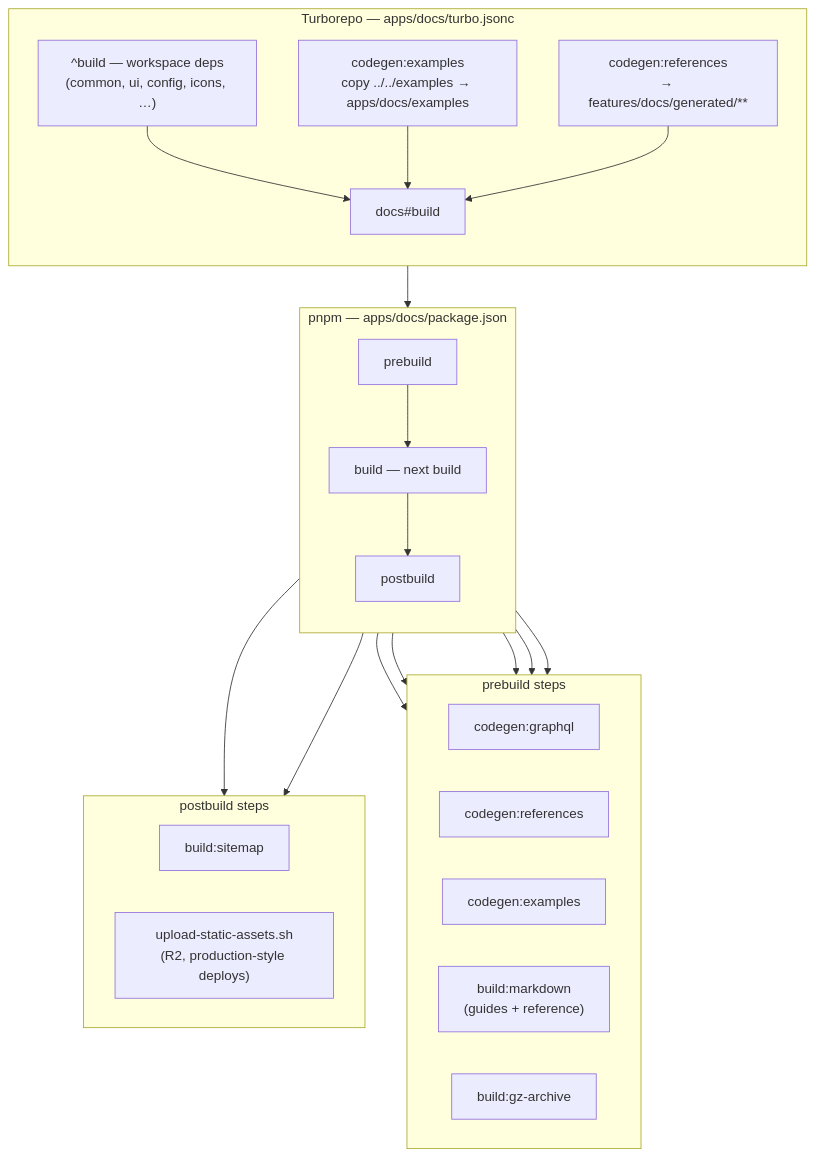
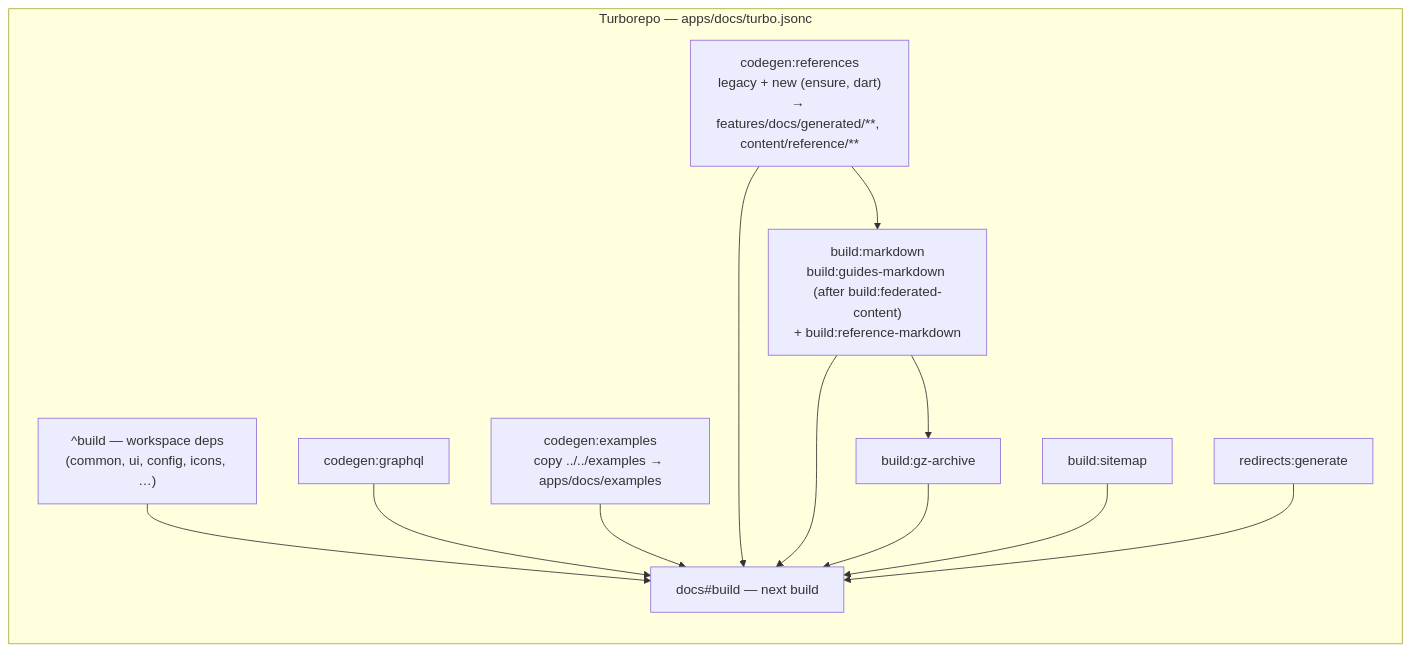
One commit to Ethan-Clenet/arboris changed the diagram in prisma/skills/ask-the-docs__supabase-supabase__agents-skills-a52f934dbc6e/reference/build-pipeline.md. Above: the diagram before and after it, drawn with Mermaid. The commit also changed other lines of this file and 288 other files, not shown here.

````diff
--- a/prisma/skills/ask-the-docs__supabase-supabase__agents-skills-a52f934dbc6e/reference/build-pipeline.md
+++ b/prisma/skills/ask-the-docs__supabase-supabase__agents-skills-a52f934dbc6e/reference/build-pipeline.md
@@ -9,46 +11,23 @@
 ```mermaid
 flowchart TB
   subgraph turbo["Turborepo — apps/docs/turbo.jsonc"]
     direction TB
     WP["^build — workspace deps<br/>(common, ui, config, icons, …)"]
-    CE["codegen:examples<br/>copy ../../examples → apps/docs/examples"]
-    CR["codegen:references<br/>→ features/docs/generated/**"]
-    WP --> DOC["docs#build"]
-    CE --> DOC
+    GQL["codegen:graphql"]
+    EX["codegen:examples<br/>copy ../../examples → apps/docs/examples"]
+    CR["codegen:references<br/>legacy + new (ensure, dart)<br/>→ features/docs/generated/**, content/reference/**"]
+    MD["build:markdown<br/>build:guides-markdown (after build:federated-content)<br/>+ build:reference-markdown"]
+    GZ["build:gz-archive"]
+    SM["build:sitemap"]
+    RD["redirects:generate"]
+    CR --> MD --> GZ
+    WP --> DOC["docs#build — next build"]
+    GQL --> DOC
+    EX --> DOC
     CR --> DOC
+    MD --> DOC
+    GZ --> DOC
+    SM --> DOC
+    RD --> DOC
   end
-
-  subgraph npm["pnpm — apps/docs/package.json"]
-    direction TB
-    PRE["prebuild"]
-    NB["build — next build"]
-    POST["postbuild"]
-    PRE --> NB --> POST
-  end
-
-  DOC --> PRE
-
-  subgraph pre["prebuild steps"]
-    direction LR
-    GQL["codegen:graphql"]
-    REF["codegen:references"]
-    EX["codegen:examples"]
-    GM["build:markdown<br/>(guides + reference)"]
-    GZ["build:gz-archive"]
-  end
-
-  PRE --> GQL
-  PRE --> REF
-  PRE --> EX
-  PRE --> GM
-  PRE --> GZ
-
-  subgraph post["postbuild steps"]
-    direction LR
-    SM["build:sitemap"]
-    CDN["upload-static-assets.sh<br/>(R2, production-style deploys)"]
-  end
-
-  POST --> SM
-  POST --> CDN
 ```
````
